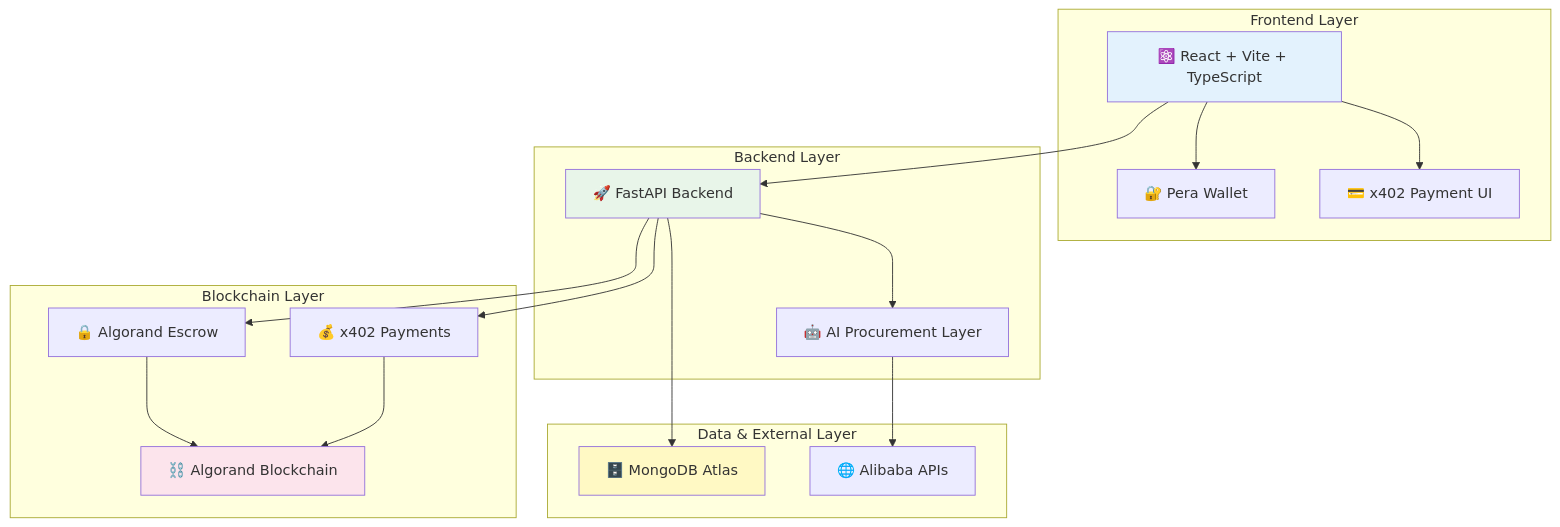
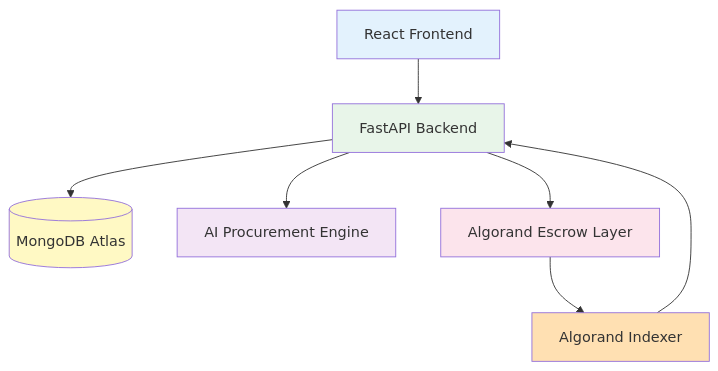
The second of 2 diagrams in docs/DATABASE_DESIGN.md (VivekGoudAdula/Procure-AI), drawn with Mermaid before and after one commit. The commit also changed other lines of this file, not shown here.

Commit message:
Added DB Schema Docs

````diff
--- a/docs/DATABASE_DESIGN.md
+++ b/docs/DATABASE_DESIGN.md
@@ -456,44 +223,23 @@
 ```mermaid
-graph TB
-    subgraph "Frontend Layer"
-        FE[⚛️ React + Vite + TypeScript]
-        PW[🔐 Pera Wallet]
-        XUI[💳 x402 Payment UI]
-    end
-    
-    subgraph "Backend Layer"
-        BE[🚀 FastAPI Backend]
-        AI[🤖 AI Procurement Layer]
-    end
-    
-    subgraph "Data & External Layer"
-        DB[🗄️ MongoDB Atlas]
-        ALI[🌐 Alibaba APIs]
-    end
-    
-    subgraph "Blockchain Layer"
-        ESC[🔒 Algorand Escrow]
-        X40[💰 x402 Payments]
-        ALG[⛓️ Algorand Blockchain]
-    end
-    
-    FE --> BE
-    FE --> PW
-    FE --> XUI
-    
-    BE --> AI
-    BE --> DB
-    
-    AI --> ALI
-    
-    BE --> ESC
-    BE --> X40
-    
-    ESC --> ALG
-    X40 --> ALG
-    
-    style FE fill:#e3f2fd
-    style BE fill:#e8f5e9
+flowchart TD
+    UI[React Frontend]
+    API[FastAPI Backend]
+    DB[(MongoDB Atlas)]
+    AI[AI Procurement Engine]
+    ALG[Algorand Escrow Layer]
+    INDEXER[Algorand Indexer]
+
+    UI --> API
+    API --> DB
+    API --> AI
+    API --> ALG
+    ALG --> INDEXER
+    INDEXER --> API
+
+    style UI fill:#e3f2fd
+    style API fill:#e8f5e9
     style DB fill:#fff9c4
+    style AI fill:#f3e5f5
     style ALG fill:#fce4ec
+    style INDEXER fill:#ffe0b2
 ```
````
